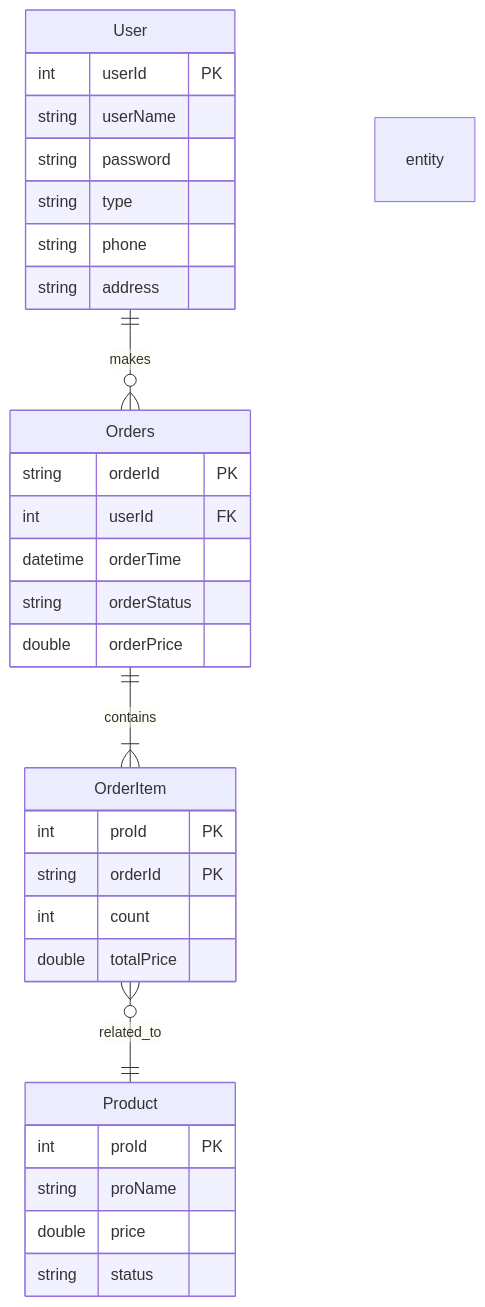
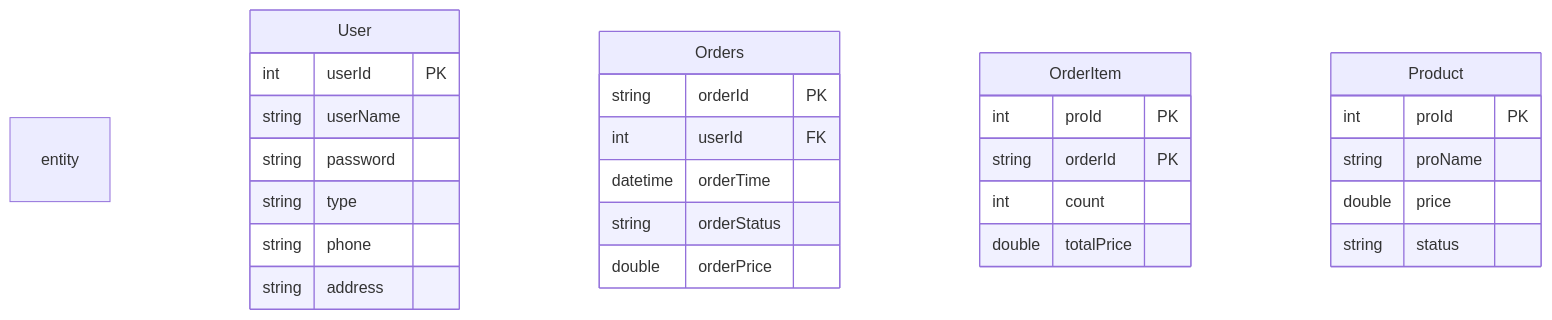
One commit to Beryl-wangzl/iodraw-files changed the diagram in all/未命名-2.md. Above: the diagram before and after it, drawn with Mermaid.

Commit message:
2024-12-27 11:05:54 update

````diff
--- a/all/未命名-2.md
+++ b/all/未命名-2.md
@@ -1,37 +1,35 @@
 ```mermaid
 erDiagram 
-    User ||--o{ Orders : makes
-    Orders ||--|{ OrderItem : contains
-    OrderItem }o--|| Product : related_to
+    
 
     entity User {
         int userId PK
         string userName
         string password
         string type
         string phone
         string address
     }
 
     entity Orders {
         string orderId PK
         int userId FK
         datetime orderTime
         string orderStatus
         double orderPrice
     }
 
     entity OrderItem {
         int proId PK
         string orderId PK
         int count
         double totalPrice
     }
 
     entity Product {
         int proId PK
         string proName
         double price
         string status
     }
 ```
````
